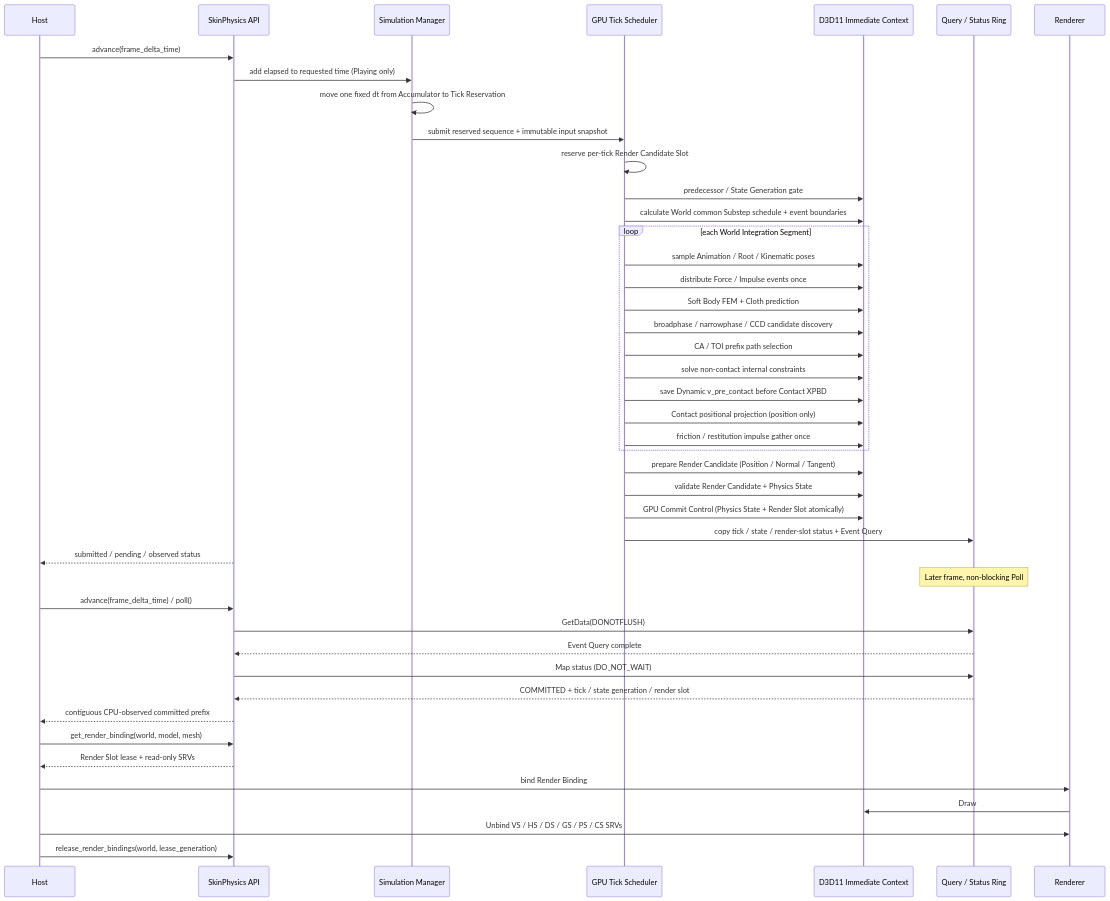
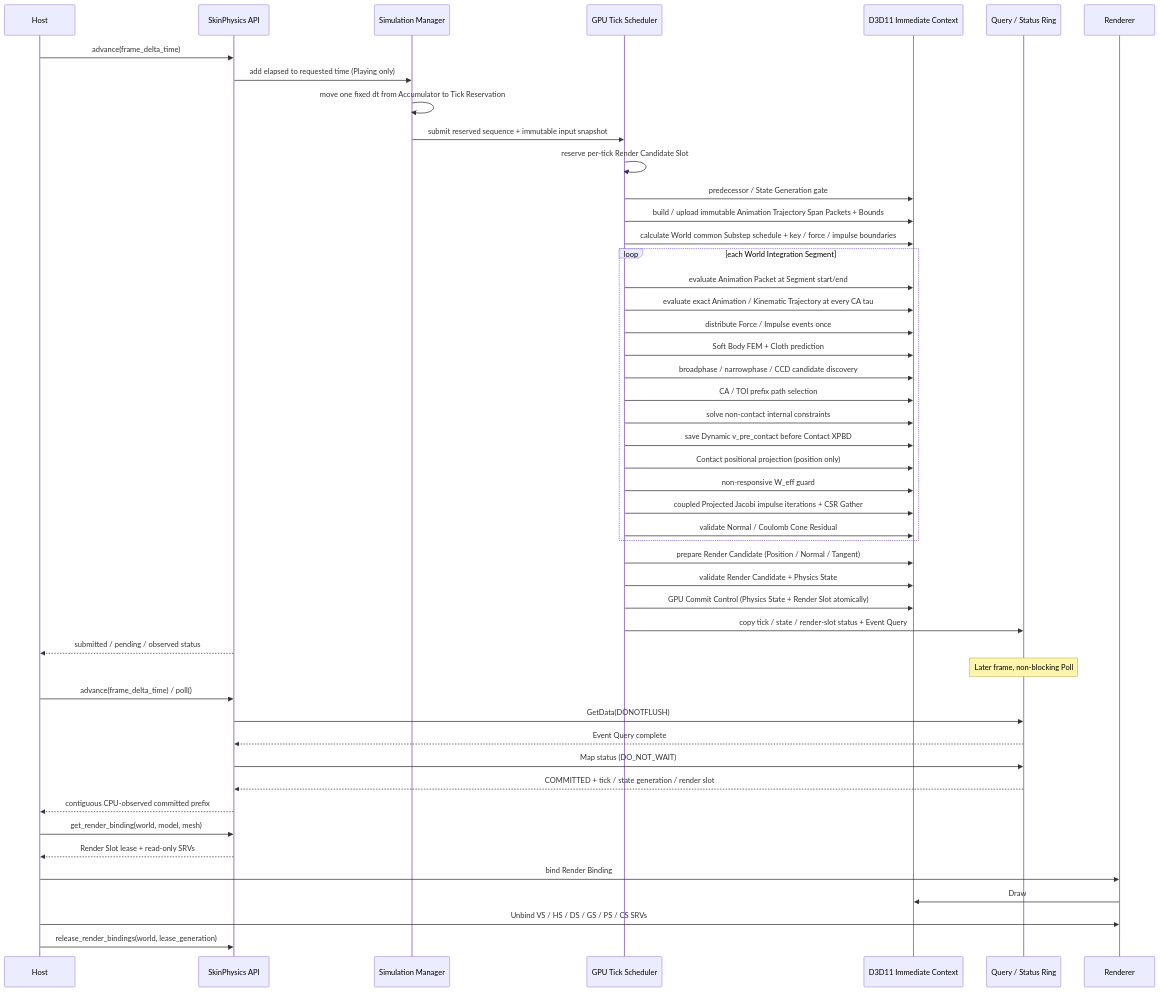
One commit to bigmoon77/Skin-physics- changed the second of 8 diagrams in docs/uml/phase12_gpu_runtime.md. Above: the diagram before and after it, drawn with Mermaid. The commit also changed other lines of this file, not shown here.

Commit message:
docs: update Runtime UML for trajectory packets and coupled impacts

````diff
--- a/docs/uml/phase12_gpu_runtime.md
+++ b/docs/uml/phase12_gpu_runtime.md
@@ -42,47 +42,51 @@
 ```mermaid
 sequenceDiagram
     participant H as Host
     participant API as SkinPhysics API
     participant S as Simulation Manager
     participant G as GPU Tick Scheduler
     participant D as D3D11 Immediate Context
     participant Q as Query / Status Ring
     participant R as Renderer
 
     H->>API: advance(frame_delta_time)
     API->>S: add elapsed to requested time (Playing only)
     S->>S: move one fixed dt from Accumulator to Tick Reservation
     S->>G: submit reserved sequence + immutable input snapshot
     G->>G: reserve per-tick Render Candidate Slot
     G->>D: predecessor / State Generation gate
-    G->>D: calculate World common Substep schedule + event boundaries
+    G->>D: build / upload immutable Animation Trajectory Span Packets + Bounds
+    G->>D: calculate World common Substep schedule + key / force / impulse boundaries
     loop each World Integration Segment
-        G->>D: sample Animation / Root / Kinematic poses
+        G->>D: evaluate Animation Packet at Segment start/end
+        G->>D: evaluate exact Animation / Kinematic Trajectory at every CA tau
         G->>D: distribute Force / Impulse events once
         G->>D: Soft Body FEM + Cloth prediction
         G->>D: broadphase / narrowphase / CCD candidate discovery
         G->>D: CA / TOI prefix path selection
         G->>D: solve non-contact internal constraints
         G->>D: save Dynamic v_pre_contact before Contact XPBD
         G->>D: Contact positional projection (position only)
-        G->>D: friction / restitution impulse gather once
+        G->>D: non-responsive W_eff guard
+        G->>D: coupled Projected Jacobi impulse iterations + CSR Gather
+        G->>D: validate Normal / Coulomb Cone Residual
     end
     G->>D: prepare Render Candidate (Position / Normal / Tangent)
     G->>D: validate Render Candidate + Physics State
     G->>D: GPU Commit Control (Physics State + Render Slot atomically)
     G->>Q: copy tick / state / render-slot status + Event Query
     API-->>H: submitted / pending / observed status
     Note over Q: Later frame, non-blocking Poll
     H->>API: advance(frame_delta_time) / poll()
     API->>Q: GetData(DONOTFLUSH)
     Q-->>API: Event Query complete
     API->>Q: Map status (DO_NOT_WAIT)
     Q-->>API: COMMITTED + tick / state generation / render slot
     API-->>H: contiguous CPU-observed committed prefix
     H->>API: get_render_binding(world, model, mesh)
     API-->>H: Render Slot lease + read-only SRVs
     H->>R: bind Render Binding
     R->>D: Draw
     H->>R: Unbind VS / HS / DS / GS / PS / CS SRVs
     H->>API: release_render_bindings(world, lease_generation)
 ```
````
